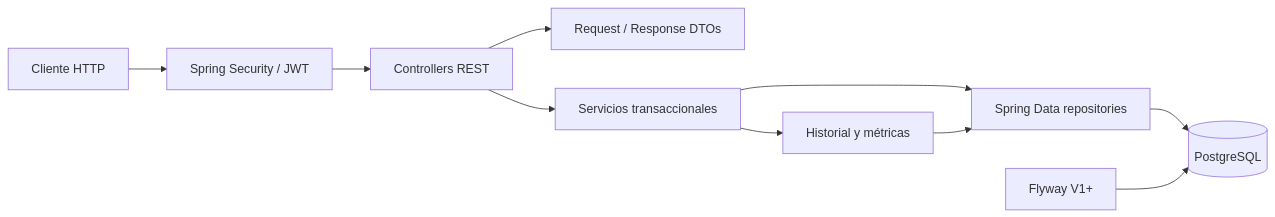
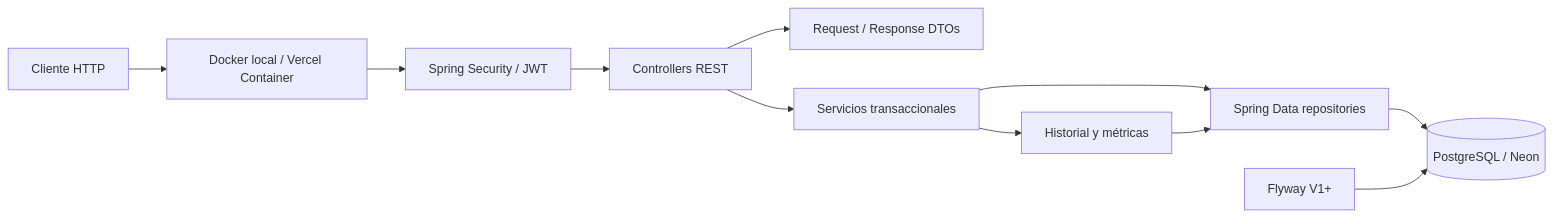
One commit to Djorka98/incidentops changed the first of 2 diagrams in README.md. Above: the diagram before and after it, drawn with Mermaid. The commit also changed other lines of this file and 6 other files, not shown here.

````diff
--- a/README.md
+++ b/README.md
@@ -42,12 +47,13 @@
 ```mermaid
 flowchart LR
-    Client[Cliente HTTP] --> Security[Spring Security / JWT]
+    Client[Cliente HTTP] --> Runtime[Docker local / Vercel Container]
+    Runtime --> Security[Spring Security / JWT]
     Security --> Controller[Controllers REST]
     Controller --> DTO[Request / Response DTOs]
     Controller --> Service[Servicios transaccionales]
     Service --> Repository[Spring Data repositories]
-    Repository --> DB[(PostgreSQL)]
+    Repository --> DB[(PostgreSQL / Neon)]
     Flyway[Flyway V1+] --> DB
     Service --> History[Historial y métricas]
     History --> Repository
 ```
````
